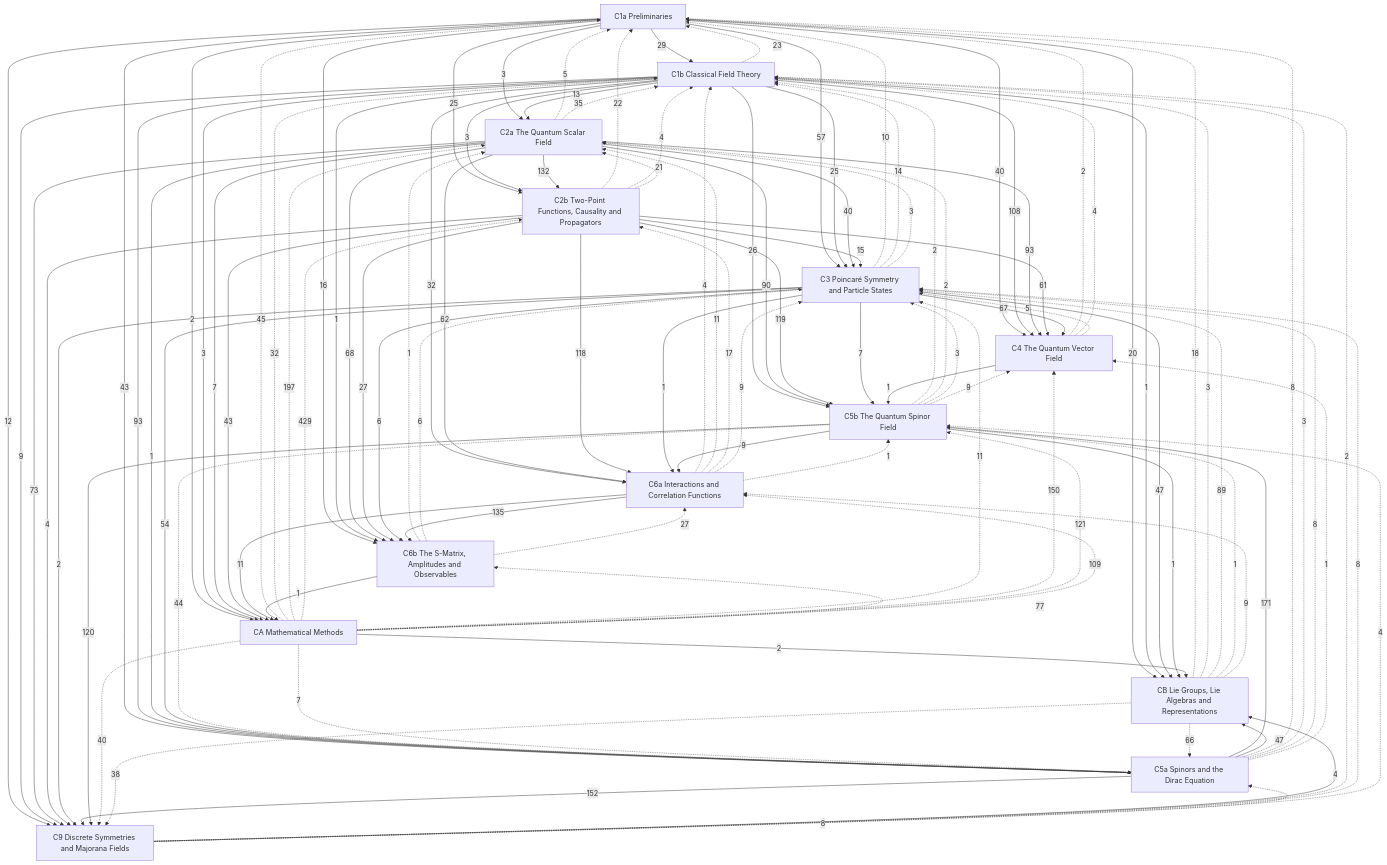
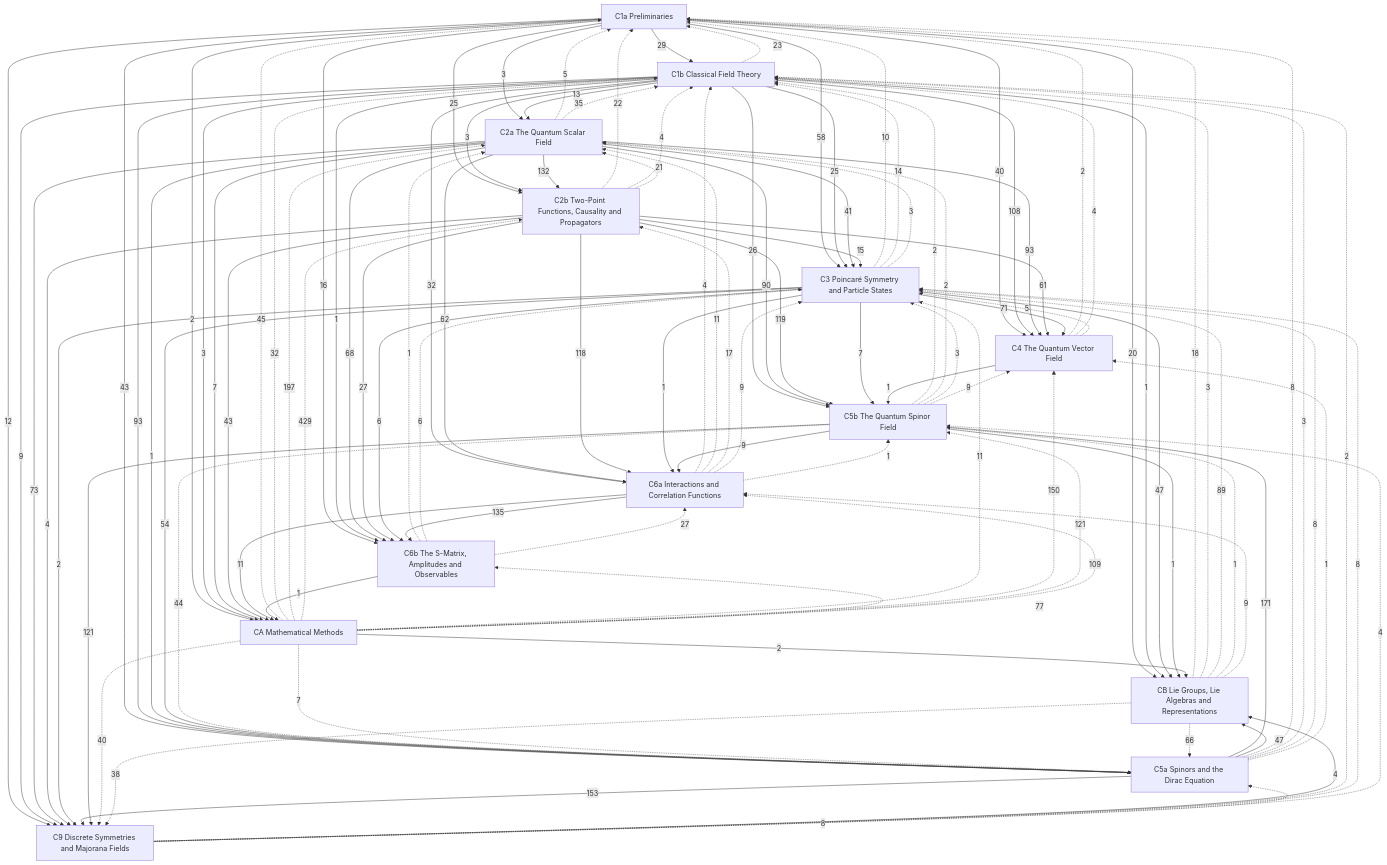
One commit to Onion20040508/notes changed the diagram in Physics/Quantum Field Theory/Quantum Field Theory.md. Above: the diagram before and after it, drawn with Mermaid. The commit also changed 72 other files, not shown here.

```diff
--- a/Physics/Quantum Field Theory/Quantum Field Theory.md
+++ b/Physics/Quantum Field Theory/Quantum Field Theory.md
@@ -50,15 +50,15 @@
   C1a -->|25| C2b
   C1b -->|3| C2b
   C2a -->|132| C2b
-  C1a -->|57| C3
+  C1a -->|58| C3
   C1b -->|25| C3
-  C2a -->|40| C3
+  C2a -->|41| C3
   C2b -->|15| C3
   C1a -->|40| C4
   C1b -->|108| C4
   C2a -->|93| C4
   C2b -->|61| C4
-  C3 -->|67| C4
+  C3 -->|71| C4
   C1a -->|43| C5a
   C1b -->|93| C5a
   C2a -->|1| C5a
@@ -85,8 +85,8 @@
   C2a -->|73| C9
   C2b -->|4| C9
   C3 -->|2| C9
-  C5a -->|152| C9
-  C5b -->|120| C9
+  C5a -->|153| C9
+  C5b -->|121| C9
   C1a -->|2| CA
   C1b -->|3| CA
   C2a -->|7| CA
```
